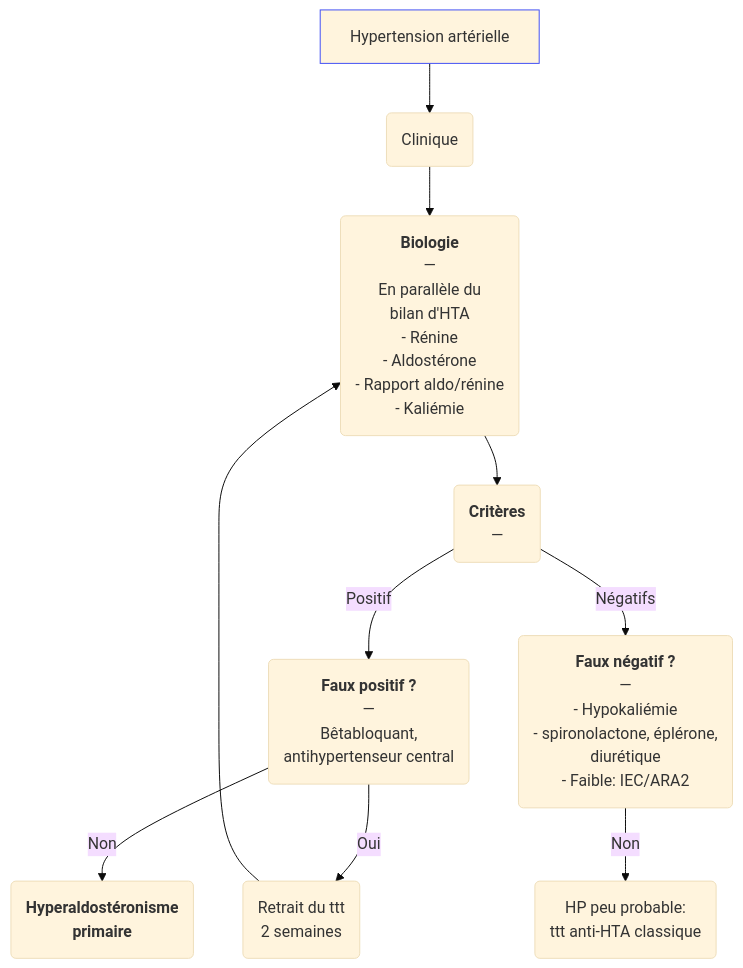
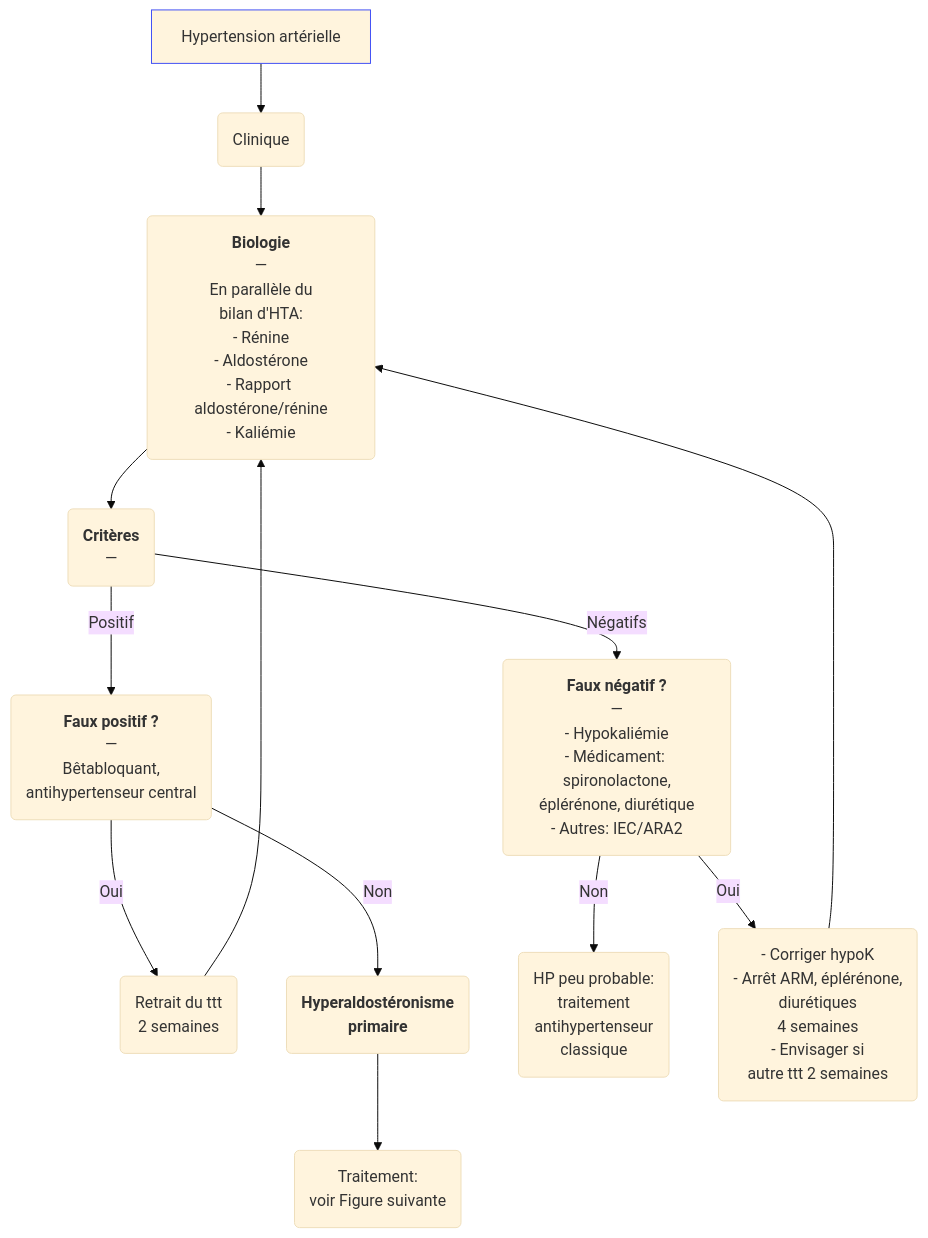
The first of 2 diagrams in content/recommandations/hyperaldosteronisme-primaire.md (djibe/recommandations-medicales), drawn with Mermaid (base theme) before and after one commit. The commit also changed other lines of this file and 9 other files, not shown here.

```diff
--- a/content/recommandations/hyperaldosteronisme-primaire.md
+++ b/content/recommandations/hyperaldosteronisme-primaire.md
@@ -150,8 +164,9 @@
 {{< mermaid title="Dépistage de l'hyperaldostéronisme primaire chez le patient hypertendu. Dr JB Fron d'après ES 2025">}}
 graph TB
-  HTA[Hypertension artérielle] --> clinique(Clinique) --> biologie("<b>Biologie</b><br>—<br>En parallèle du<br>bilan d'HTA<br>- Rénine<br>- Aldostérone<br>- Rapport aldo/rénine<br>- Kaliémie") --> critères("<b>Critères</b><br>—<br>")
+  HTA[Hypertension artérielle] --> clinique(Clinique) --> biologie("<b>Biologie</b><br>—<br>En parallèle du<br>bilan d'HTA:<br>- Rénine<br>- Aldostérone<br>- Rapport aldostérone/rénine<br>- Kaliémie") --> critères("<b>Critères</b><br>—<br>")
   critères -- Positif --> positif("<b>Faux positif ?</b><br>—<br>Bêtabloquant,<br>antihypertenseur central") -- Oui --> retrait("Retrait du ttt<br>2 semaines") --> biologie
-    positif -- Non --> diagnostic("<b>Hyperaldostéronisme<br>primaire</b>")
-  critères -- Négatifs --> négatif("<b>Faux négatif ?</b><br>—<br>- Hypokaliémie<br>- spironolactone, éplérone,<br>diurétique<br>- Faible: IEC/ARA2") -- Non --> classique("HP peu probable:<br>ttt anti-HTA classique")
+    positif -- Non --> diagnostic("<b>Hyperaldostéronisme<br>primaire</b>") --> traitement("Traitement:<br>voir Figure suivante")
+  critères -- Négatifs --> négatif("<b>Faux négatif ?</b><br>—<br>- Hypokaliémie<br>- Médicament: spironolactone,<br>éplérénone, diurétique<br>- Autres: IEC/ARA2") -- Non --> classique("HP peu probable:<br>traitement<br>antihypertenseur<br>classique")
+    négatif -- Oui --> négatif2("- Corriger hypoK<br>- Arrêt ARM, éplérénone,<br>diurétiques<br>4 semaines<br>- Envisager si<br>autre ttt 2 semaines") --> biologie
 style HTA stroke:#4150f5, stroke-width:1px
 {{< /mermaid >}}
```
